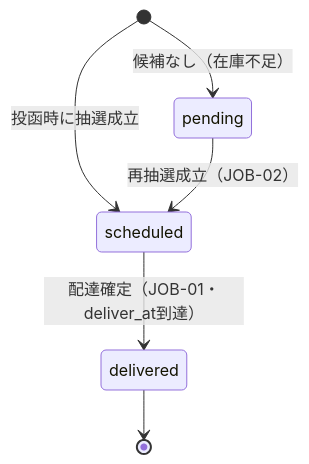
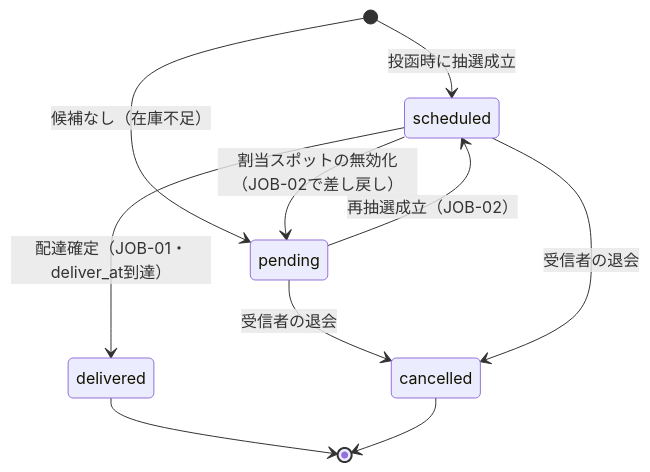
The second of 2 diagrams in docs/06_database_design.md (yasudaProduct/machibin), drawn with Mermaid before and after one commit. The commit also changed other lines of this file and 7 other files, not shown here.

````diff
--- a/docs/06_database_design.md
+++ b/docs/06_database_design.md
@@ -206,8 +207,12 @@
 ```mermaid
 stateDiagram-v2
     [*] --> scheduled : 投函時に抽選成立
     [*] --> pending : 候補なし（在庫不足）
     pending --> scheduled : 再抽選成立（JOB-02）
+    scheduled --> pending : 割当スポットの無効化（JOB-02で差し戻し）
     scheduled --> delivered : 配達確定（JOB-01・deliver_at到達）
+    pending --> cancelled : 受信者の退会
+    scheduled --> cancelled : 受信者の退会
     delivered --> [*]
+    cancelled --> [*]
 ```
````
